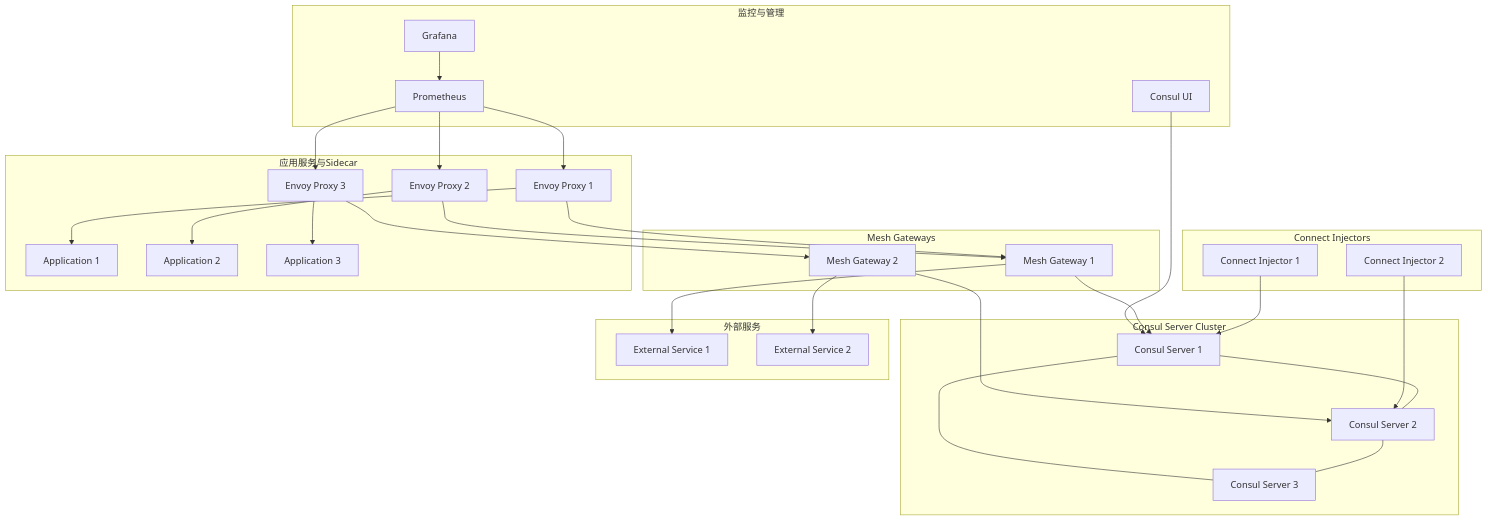
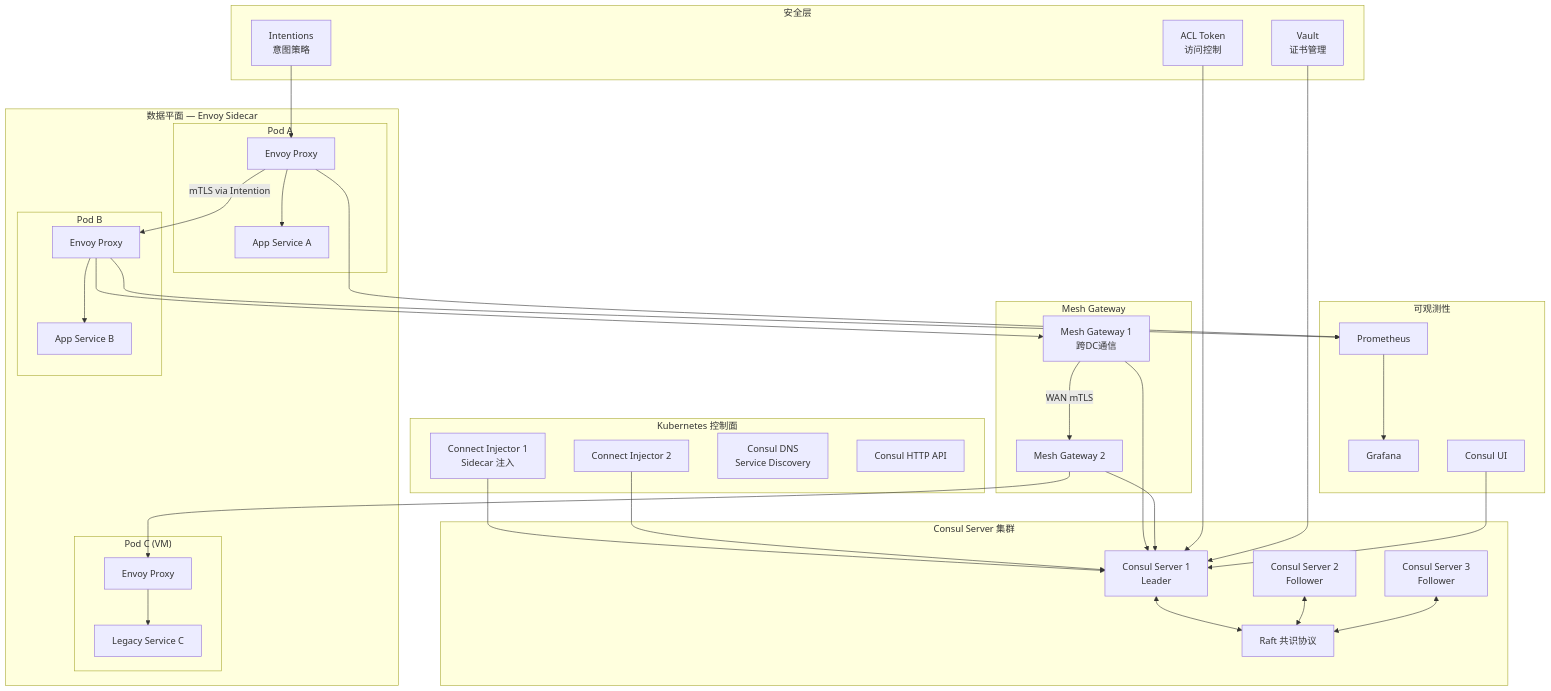
The diagram in domain-26-service-mesh-microservices/03-consul-connect-enterprise.md (kudig-io/kudig-database), drawn with Mermaid before and after one commit. The commit also changed other lines of this file and 8633 other files, not shown here.

````diff
--- a/domain-26-service-mesh-microservices/03-consul-connect-enterprise.md
+++ b/domain-26-service-mesh-microservices/03-consul-connect-enterprise.md
@@ -99,65 +61,66 @@
 ```mermaid
 graph TB
-    subgraph "Consul Server Cluster"
-        SERVER1[Consul Server 1]
-        SERVER2[Consul Server 2]
-        SERVER3[Consul Server 3]
+    subgraph "Consul Server 集群"
+        CS1[Consul Server 1<br/>Leader]
+        CS2[Consul Server 2<br/>Follower]
+        CS3[Consul Server 3<br/>Follower]
+        RAFT[Raft 共识协议]
     end
-    
-    subgraph "Connect Injectors"
-        INJECT1[Connect Injector 1]
-        INJECT2[Connect Injector 2]
+
+    subgraph "Kubernetes 控制面"
+        INJ1[Connect Injector 1<br/>Sidecar 注入]
+        INJ2[Connect Injector 2]
+        DNS[Consul DNS<br/>Service Discovery]
+        API[Consul HTTP API]
     end
-    
-    subgraph "Mesh Gateways"
-        GATEWAY1[Mesh Gateway 1]
-        GATEWAY2[Mesh Gateway 2]
+
+    subgraph "Mesh Gateway"
+        MG1[Mesh Gateway 1<br/>跨DC通信]
+        MG2[Mesh Gateway 2]
     end
-    
-    subgraph "应用服务与Sidecar"
-        APP1[Application 1]
-        PROXY1[Envoy Proxy 1]
-        APP2[Application 2]
-        PROXY2[Envoy Proxy 2]
-        APP3[Application 3]
-        PROXY3[Envoy Proxy 3]
+
+    subgraph "数据平面 — Envoy Sidecar"
+        subgraph "Pod A"
+            EA1[Envoy Proxy]
+            APPA[App Service A]
+        end
+        subgraph "Pod B"
+            EB1[Envoy Proxy]
+            APPB[App Service B]
+        end
+        subgraph "Pod C (VM)"
+            EC1[Envoy Proxy]
+            APPC[Legacy Service C]
+        end
     end
-    
-    subgraph "外部服务"
-        EXT1[External Service 1]
-        EXT2[External Service 2]
+
+    subgraph "安全层"
+        ACL[ACL Token<br/>访问控制]
+        VAULT[Vault<br/>证书管理]
+        INT[Intentions<br/>意图策略]
     end
-    
-    subgraph "监控与管理"
+
+    subgraph "可观测性"
+        PROM_C[Prometheus]
+        GRAF_C[Grafana]
         UI[Consul UI]
-        PROM[Prometheus]
-        GRAF[Grafana]
     end
-    
-    SERVER1 --- SERVER2
-    SERVER2 --- SERVER3
-    SERVER1 --- SERVER3
-    
-    INJECT1 --> SERVER1
-    INJECT2 --> SERVER2
-    
-    GATEWAY1 --> SERVER1
-    GATEWAY2 --> SERVER2
-    
-    PROXY1 --> APP1
-    PROXY2 --> APP2
-    PROXY3 --> APP3
-    
-    PROXY1 --> GATEWAY1
-    PROXY2 --> GATEWAY1
-    PROXY3 --> GATEWAY2
-    
-    GATEWAY1 --> EXT1
-    GATEWAY2 --> EXT2
-    
-    UI --> SERVER1
-    PROM --> PROXY1
-    PROM --> PROXY2
-    PROM --> PROXY3
-    GRAF --> PROM
+
+    CS1 & CS2 & CS3 <--> RAFT
+    INJ1 & INJ2 --> CS1
+    MG1 & MG2 --> CS1
+
+    EA1 --> APPA
+    EB1 --> APPB
+    EC1 --> APPC
+
+    EA1 -->|mTLS via Intention| EB1
+    EB1 --> MG1 -->|WAN mTLS| MG2 --> EC1
+
+    ACL --> CS1
+    VAULT --> CS1
+    INT --> EA1
+
+    EA1 & EB1 --> PROM_C --> GRAF_C
+    UI --> CS1
 ```
````
